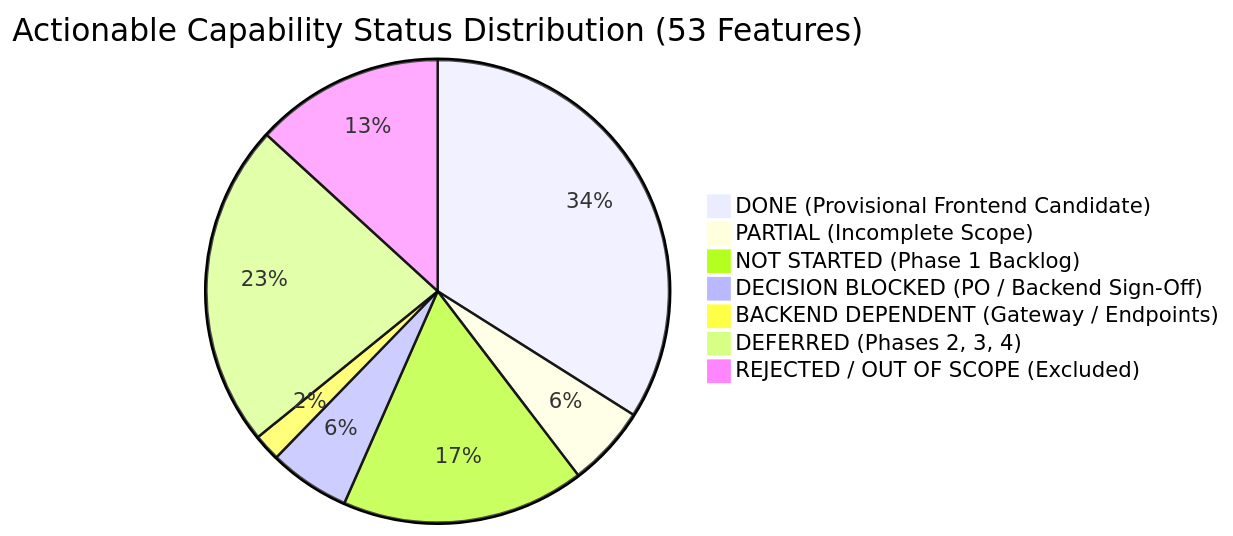
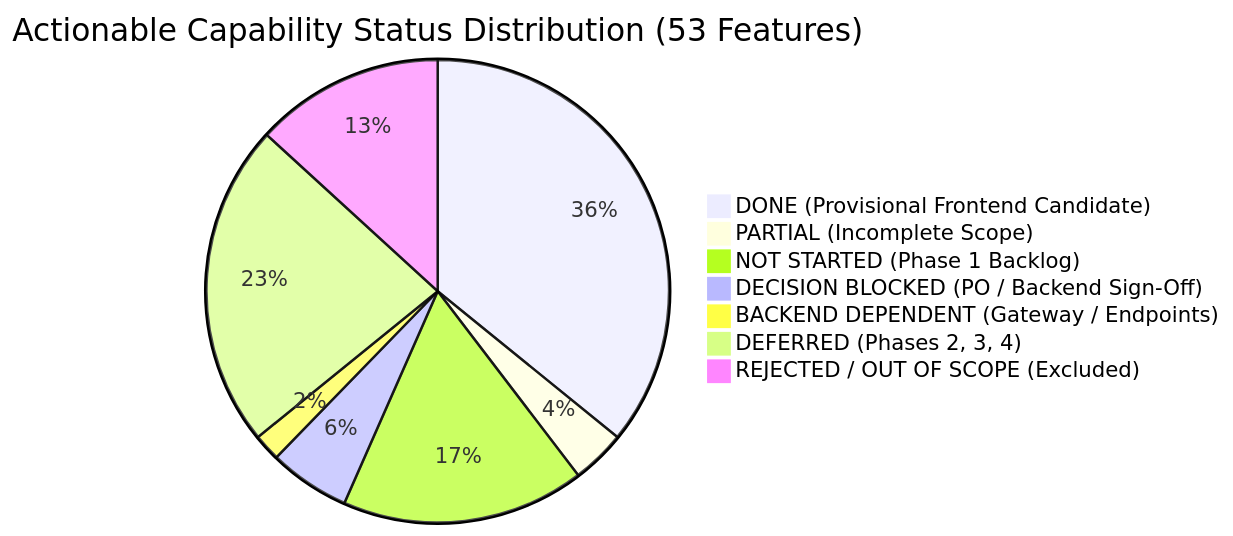
One commit to Samudra-Bose/sonder changed the first of 2 diagrams in docs/04-implementation/sonder-frontend-completion-tracker.md. Above: the diagram before and after it, drawn with Mermaid. The commit also changed other lines of this file and 2 other files, not shown here.

````diff
--- a/docs/04-implementation/sonder-frontend-completion-tracker.md
+++ b/docs/04-implementation/sonder-frontend-completion-tracker.md
@@ -88,10 +88,10 @@
 ```mermaid
 pie title Actionable Capability Status Distribution (53 Features)
-    "DONE (Provisional Frontend Candidate)" : 18
-    "PARTIAL (Incomplete Scope)" : 3
+    "DONE (Provisional Frontend Candidate)" : 19
+    "PARTIAL (Incomplete Scope)" : 2
     "NOT STARTED (Phase 1 Backlog)" : 9
     "DECISION BLOCKED (PO / Backend Sign-Off)" : 3
     "BACKEND DEPENDENT (Gateway / Endpoints)" : 1
     "DEFERRED (Phases 2, 3, 4)" : 12
     "REJECTED / OUT OF SCOPE (Excluded)" : 7
 ```
````
